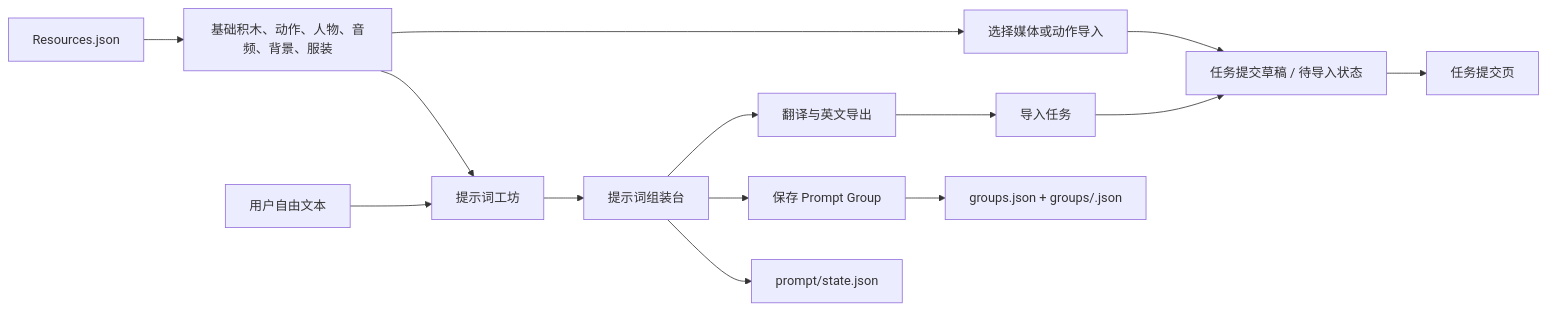
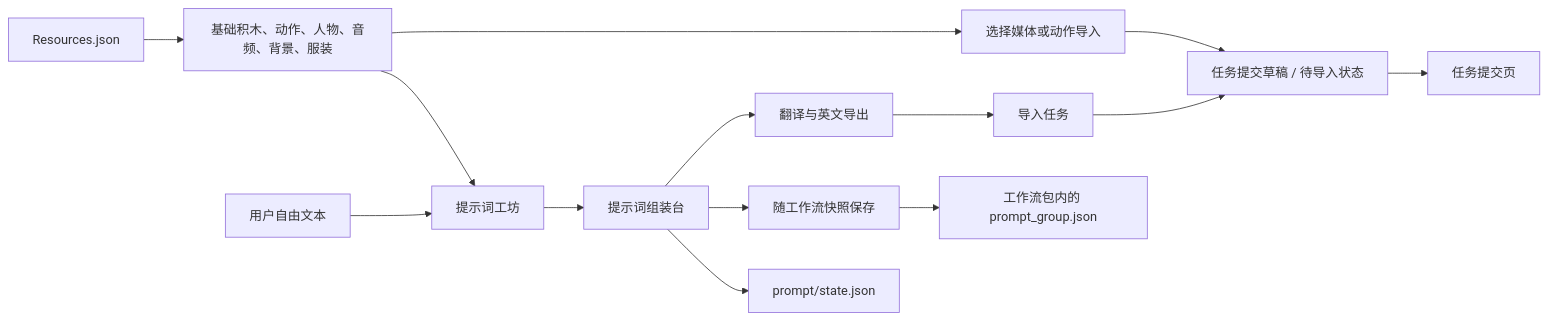
The ninth of 14 diagrams in web/README.md (LLsetnow/RH_CLI), drawn with Mermaid before and after one commit. The commit also changed other lines of this file and 40 other files, not shown here.

````diff
--- a/web/README.md
+++ b/web/README.md
@@ -298,16 +364,16 @@
 ```mermaid
 flowchart LR
     R["Resources.json"] --> L["基础积木、动作、人物、音频、背景、服装"]
     L --> P["提示词工坊"]
     U["用户自由文本"] --> P
     P --> S["提示词组装台"]
     S --> ST["prompt/state.json"]
-    S --> G["保存 Prompt Group"]
-    G --> GI["groups.json + groups/<id>.json"]
+    S --> G["随工作流快照保存"]
+    G --> GI["工作流包内的 prompt_group.json"]
     S --> E["翻译与英文导出"]
     E --> T["导入任务"]
     T --> D["任务提交草稿 / 待导入状态"]
     L --> M["选择媒体或动作导入"]
     M --> D
     D --> W["任务提交页"]
 ```
````
